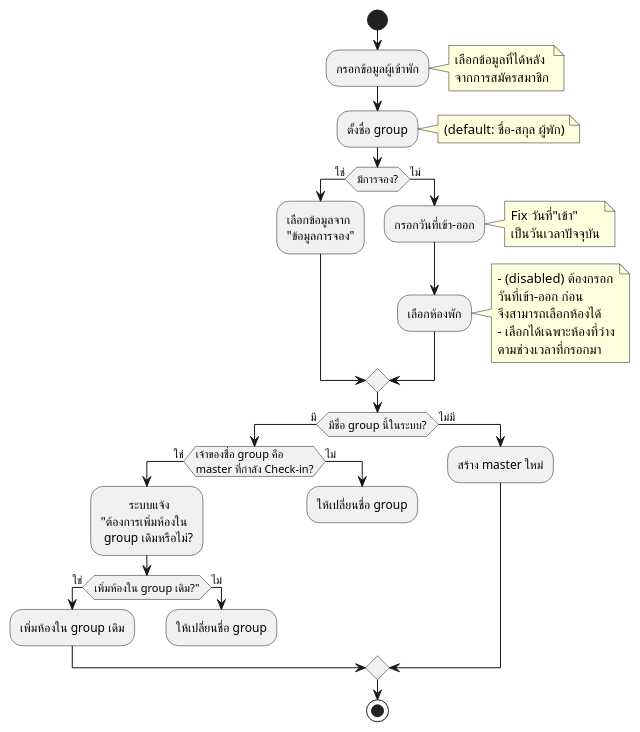
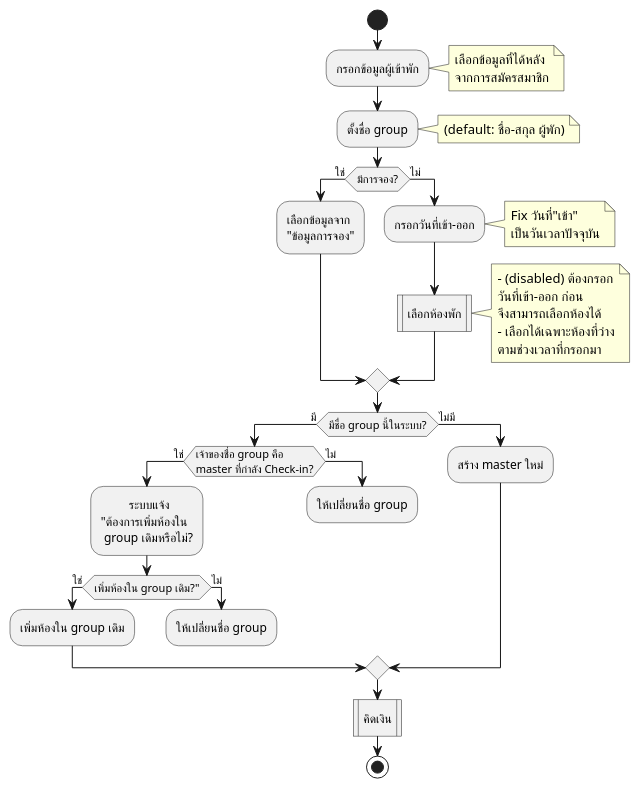
One commit to cheat13/Prompiman_Diagram changed the diagram in activity-diagram/Check-in/Check-in.md. Above: the diagram before and after it, drawn with PlantUML. The commit also changed 1 other file, not shown here.

Commit message:
edit Check-in

```diff
--- a/activity-diagram/Check-in/Check-in.md
+++ b/activity-diagram/Check-in/Check-in.md
@@ -1,51 +1,53 @@
 @startuml
 start
 
 :กรอกข้อมูลผู้เข้าพัก;
 note right 
     เลือกข้อมูลที่ได้หลัง
     จากการสมัครสมาชิก
 endnote
 
 :ตั้งชื่อ group;
 note right: (default: ชื่อ-สกุล ผู้พัก)
 
 if (มีการจอง?) then (ใช่)
     :เลือกข้อมูลจาก\n"ข้อมูลการจอง";
 else (ไม่)
     :กรอกวันที่เข้า-ออก;
     note right
         Fix วันที่"เข้า"
         เป็นวันเวลาปัจจุบัน
     endnote
 
-    :เลือกห้องพัก;
+    :เลือกห้องพัก|
     note right
         - (disabled) ต้องกรอก
         วันที่เข้า-ออก ก่อน
         จึงสามารถเลือกห้องได้
         - เลือกได้เฉพาะห้องที่ว่าง
         ตามช่วงเวลาที่กรอกมา
     endnote
 
 endif
   
 if (มีชื่อ group นี้ในระบบ?) then (มี)
     if (เจ้าของชื่อ group คือ\nmaster ที่กำลัง Check-in?) then (ใช่)
         :         ระบบแจ้ง\n"ต้องการเพิ่มห้องใน\n group เดิมหรือไม่?;
         if (เพิ่มห้องใน group เดิม?") then (ใช่)
         :เพิ่มห้องใน group เดิม;
         else (ไม่)
             :ให้เปลี่ยนชื่อ group;
             detach
         endif
     else (ไม่)
         :ให้เปลี่ยนชื่อ group;
         detach
     endif
 else (ไม่มี)
     :สร้าง master ใหม่;    
 endif
 
+:คิดเงิน|
+
 stop
 @enduml
```
